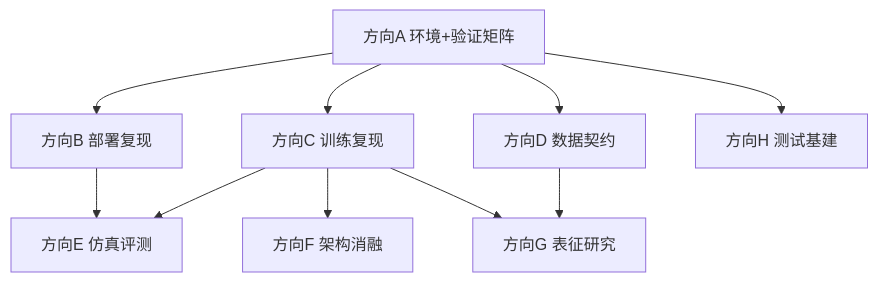
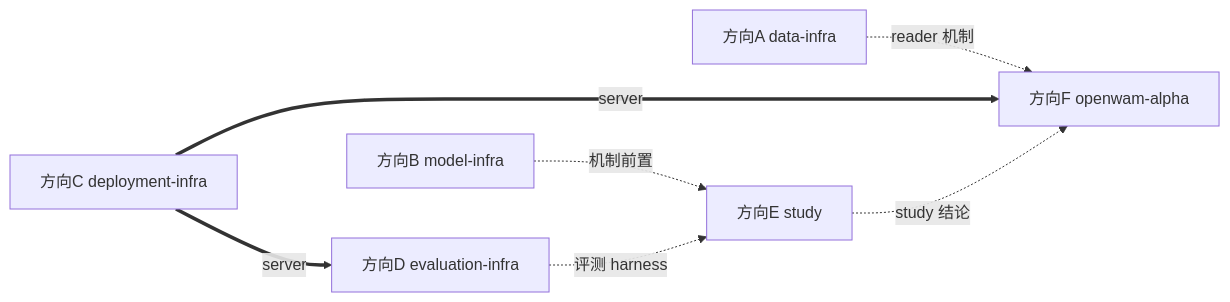
The second of 2 diagrams in OpenWAM调研方向分配与任务书.md (sasasatori/kaiyuan), drawn with Mermaid before and after one commit. The commit also changed other lines of this file and 16 other files, not shown here.

````diff
--- a/OpenWAM调研方向分配与任务书.md
+++ b/OpenWAM调研方向分配与任务书.md
@@ -331,12 +173,9 @@
 ```mermaid
-flowchart TD
-    A[方向A 环境+验证矩阵] --> B[方向B 部署复现]
-    A --> C[方向C 训练复现]
-    A --> D[方向D 数据契约]
-    B --> E[方向E 仿真评测]
-    C --> E
-    C --> F[方向F 架构消融]
-    C --> G[方向G 表征研究]
-    D --> G
-    A --> H[方向H 测试基建]
+flowchart LR
+    A[方向A data-infra] -. reader 机制 .-> F[方向F openwam-alpha]
+    B[方向B model-infra] -. 机制前置 .-> E[方向E study]
+    C[方向C deployment-infra] == server ==> D[方向D evaluation-infra]
+    C == server ==> F
+    D -. 评测 harness .-> E
+    E -. study 结论 .-> F
 ```
````
